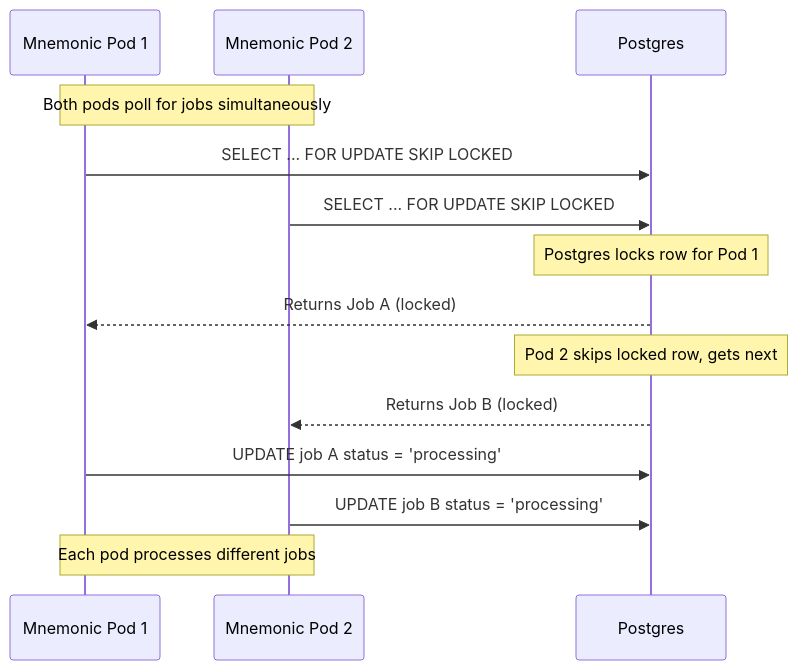
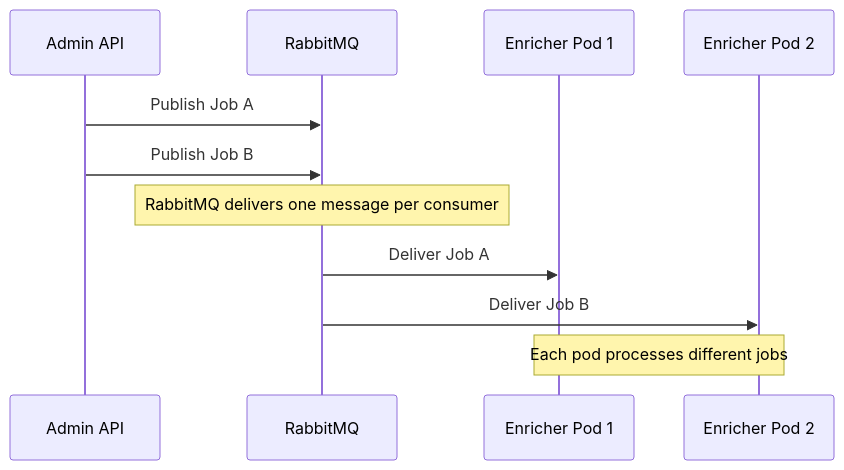
One commit to twistingmercury/mnemonic-enricher changed the fifth of 6 diagrams in docs/design/pattern-processing.md. Above: the diagram before and after it, drawn with Mermaid. The commit also changed other lines of this file and 6 other files, not shown here.

Commit message:
docs: fix queue architecture — RabbitMQ, not Postgres-backed queue

````diff
--- a/docs/design/pattern-processing.md
+++ b/docs/design/pattern-processing.md
@@ -448,22 +432,16 @@
 ```mermaid
 sequenceDiagram
-    participant Pod1 as Mnemonic Pod 1
-    participant Pod2 as Mnemonic Pod 2
-    participant PG as Postgres
+    participant API as Admin API
+    participant RMQ as RabbitMQ
+    participant Pod1 as Enricher Pod 1
+    participant Pod2 as Enricher Pod 2
 
-    Note over Pod1,Pod2: Both pods poll for jobs simultaneously
+    API->>RMQ: Publish Job A
+    API->>RMQ: Publish Job B
 
-    Pod1->>PG: SELECT ... FOR UPDATE SKIP LOCKED
-    Pod2->>PG: SELECT ... FOR UPDATE SKIP LOCKED
-
-    Note over PG: Postgres locks row for Pod 1
-    PG-->>Pod1: Returns Job A (locked)
-
-    Note over PG: Pod 2 skips locked row, gets next
-    PG-->>Pod2: Returns Job B (locked)
-
-    Pod1->>PG: UPDATE job A status = 'processing'
-    Pod2->>PG: UPDATE job B status = 'processing'
+    Note over RMQ: RabbitMQ delivers one message per consumer
+    RMQ->>Pod1: Deliver Job A
+    RMQ->>Pod2: Deliver Job B
 
     Note over Pod1,Pod2: Each pod processes different jobs
 ```
````
